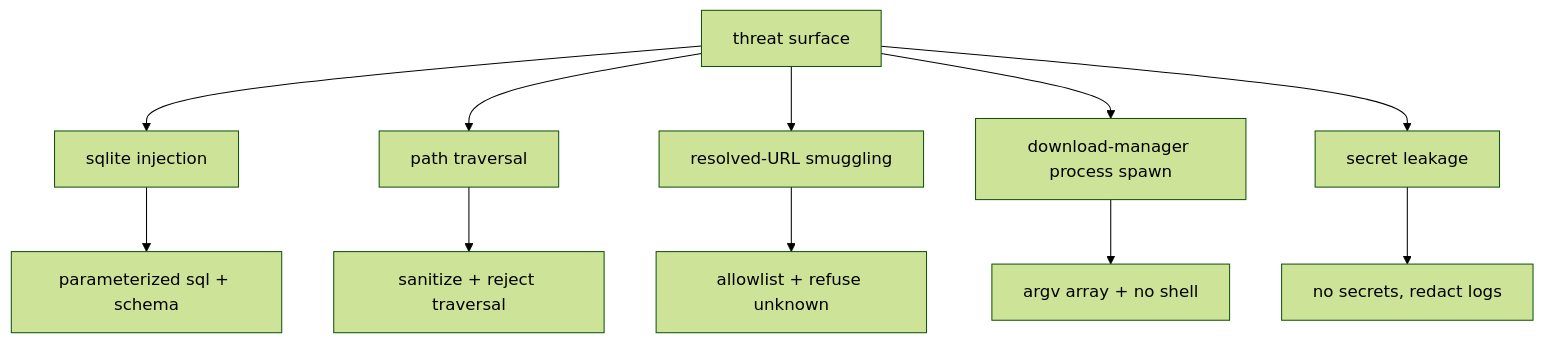
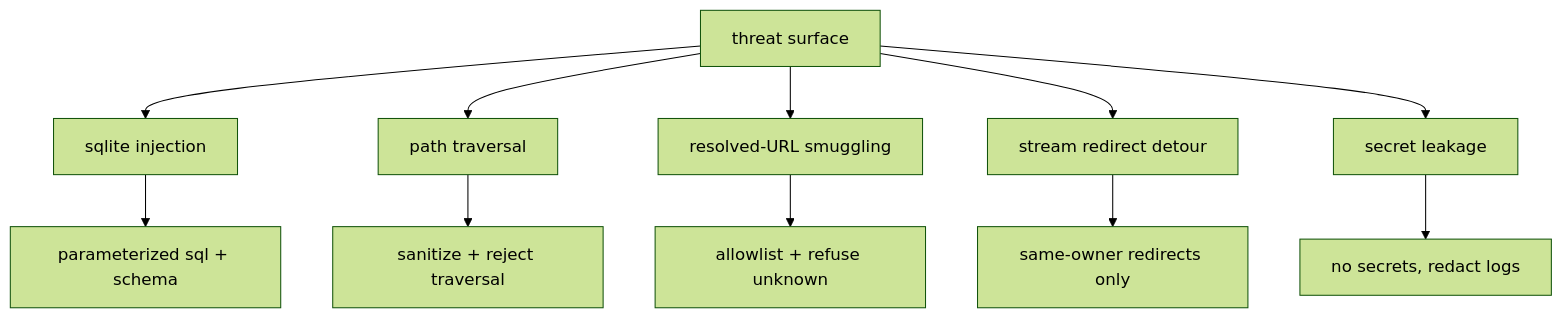
The diagram in .agents/rules/rule-10-security.md (HELIX-Origin/LewdZone-Launcher), drawn with Mermaid (forest theme) before and after one commit. The commit also changed other lines of this file and 45 other files, not shown here.

````diff
--- a/.agents/rules/rule-10-security.md
+++ b/.agents/rules/rule-10-security.md
@@ -36,14 +40,14 @@
 ```mermaid
 flowchart TD
     A["threat surface"]
     A --> B["sqlite injection"]
     A --> C["path traversal"]
     A --> D["resolved-URL smuggling"]
-    A --> E["download-manager process spawn"]
+    A --> E["stream redirect detour"]
     A --> F["secret leakage"]
     B --> B1["parameterized sql + schema"]
     C --> C1["sanitize + reject traversal"]
     D --> D1["allowlist + refuse unknown"]
-    E --> E1["argv array + no shell"]
+    E --> E1["same-owner redirects only"]
     F --> F1["no secrets, redact logs"]
 ```
````
